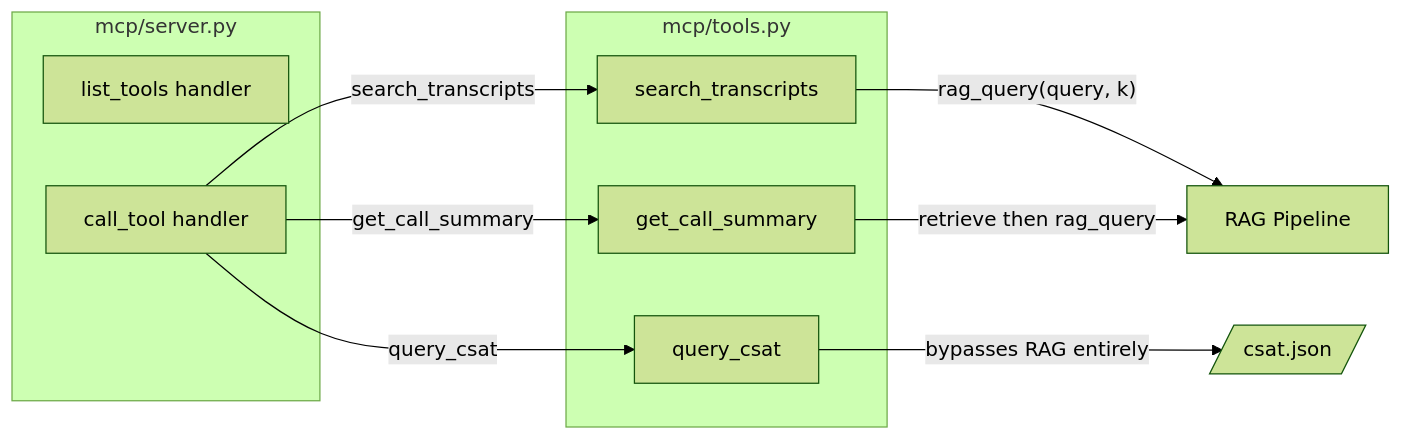
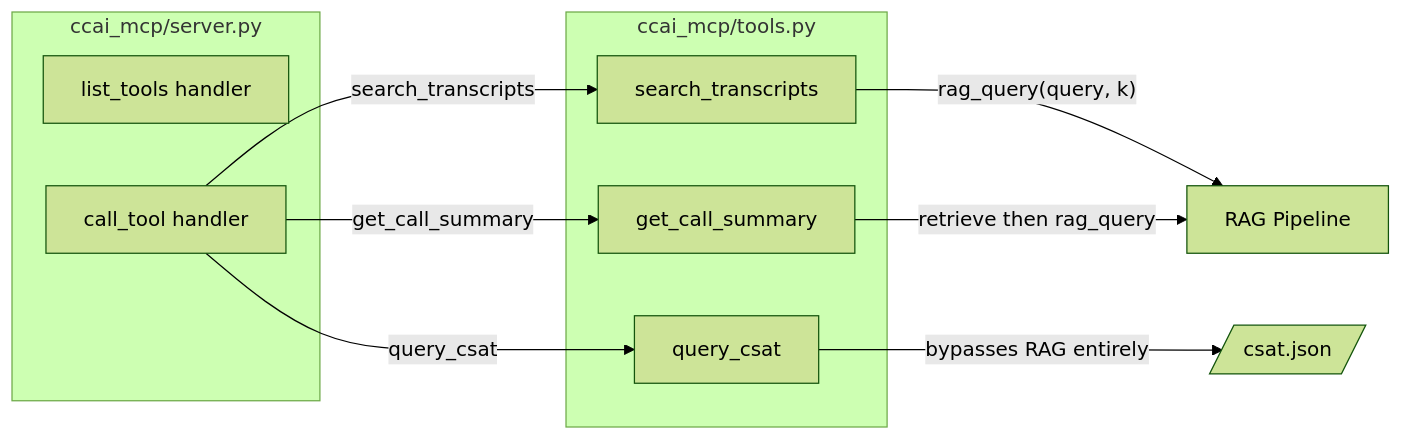
Before and after one commit to HendoCode/contact-center-ai: the third of 5 diagrams in blogs/01-the-blueprint/index.md, drawn with Mermaid (forest theme). The commit also changed other lines of this file and 18 other files, not shown here.

````diff
--- a/blogs/01-the-blueprint/index.md
+++ b/blogs/01-the-blueprint/index.md
@@ -123,23 +123,23 @@
 ```mermaid
 flowchart LR
-    subgraph server ["mcp/server.py"]
+    subgraph server ["ccai_mcp/server.py"]
         listTools["list_tools handler"]
         callTool["call_tool handler"]
     end
 
-    subgraph tools ["mcp/tools.py"]
+    subgraph tools ["ccai_mcp/tools.py"]
         searchTool["search_transcripts"]
         summaryTool["get_call_summary"]
         csatTool["query_csat"]
     end
 
     ragPipeline["RAG Pipeline"]
     dataFiles[/"csat.json"/]
 
     callTool -->|"search_transcripts"| searchTool
     callTool -->|"get_call_summary"| summaryTool
     callTool -->|"query_csat"| csatTool
     searchTool -->|"rag_query(query, k)"| ragPipeline
     summaryTool -->|"retrieve then rag_query"| ragPipeline
     csatTool -->|"bypasses RAG entirely"| dataFiles
 ```
````
